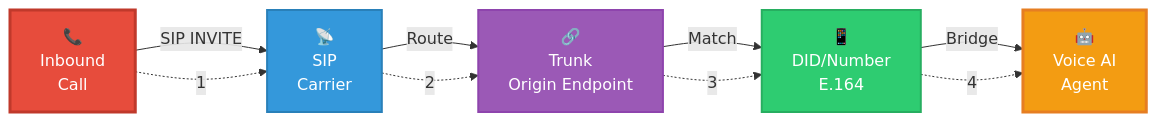
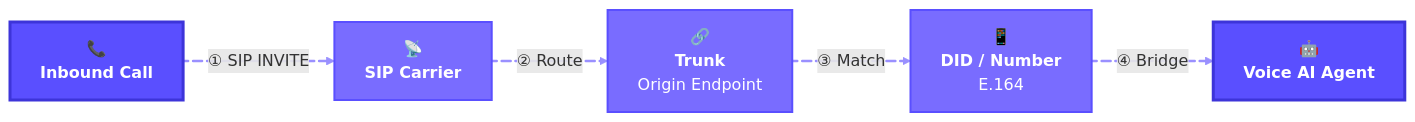
The diagram in connectivity/introduction.mdx (parvbhullar/unpod-dev-docs), drawn with Mermaid before and after one commit. The commit also changed 3 other files, not shown here.

````diff
--- a/connectivity/introduction.mdx
+++ b/connectivity/introduction.mdx
@@ -36,18 +36,18 @@
 ```mermaid
 flowchart LR
-  A["📞<br/>Inbound<br/>Call"] -->|SIP INVITE| B["📡<br/>SIP<br/>Carrier"]
-  B -->|Route| C["🔗<br/>Trunk<br/>Origin Endpoint"]
-  C -->|Match| D["📱<br/>DID/Number<br/>E.164"]
-  D -->|Bridge| E["🤖<br/>Voice AI<br/>Agent"]
+  A["📞<br/><b>Inbound Call</b>"] e1@==>|① SIP INVITE| B["📡<br/><b>SIP Carrier</b>"]
+  B e2@==>|② Route| C["🔗<br/><b>Trunk</b><br/>Origin Endpoint"]
+  C e3@==>|③ Match| D["📱<br/><b>DID / Number</b><br/>E.164"]
+  D e4@==>|④ Bridge| E["🤖<br/><b>Voice AI Agent</b>"]
 
-  A -.->|1| B
-  B -.->|2| C
-  C -.->|3| D
-  D -.->|4| E
+  e1@{ animate: true }
+  e2@{ animate: true }
+  e3@{ animate: true }
+  e4@{ animate: true }
 
-  style A fill:#e74c3c,color:#fff,stroke:#c0392b,stroke-width:3px,color:#fff
-  style B fill:#3498db,color:#fff,stroke:#2980b9,stroke-width:2px
-  style C fill:#9b59b6,color:#fff,stroke:#8e44ad,stroke-width:2px
-  style D fill:#2ecc71,color:#fff,stroke:#27ae60,stroke-width:2px
-  style E fill:#f39c12,color:#fff,stroke:#e67e22,stroke-width:3px
+  classDef ep fill:#5a4fff,color:#fff,stroke:#3d34d9,stroke-width:3px;
+  classDef pp fill:#796cff,color:#fff,stroke:#5a4fff,stroke-width:2px;
+  class A,E ep;
+  class B,C,D pp;
+  linkStyle default stroke:#9a90ff,stroke-width:2.5px;
 ```
````
